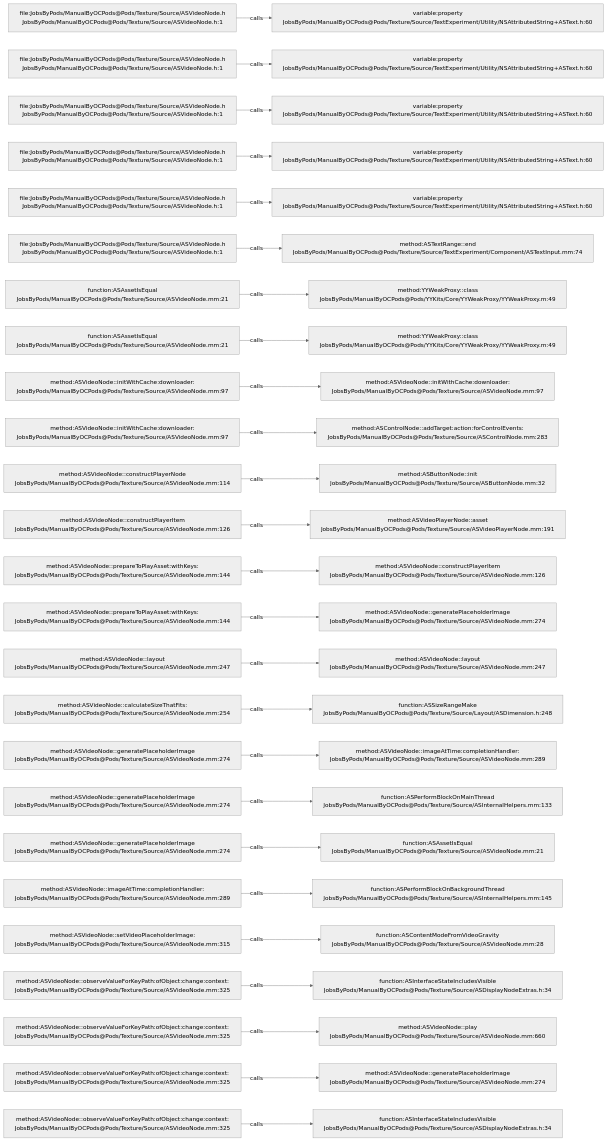
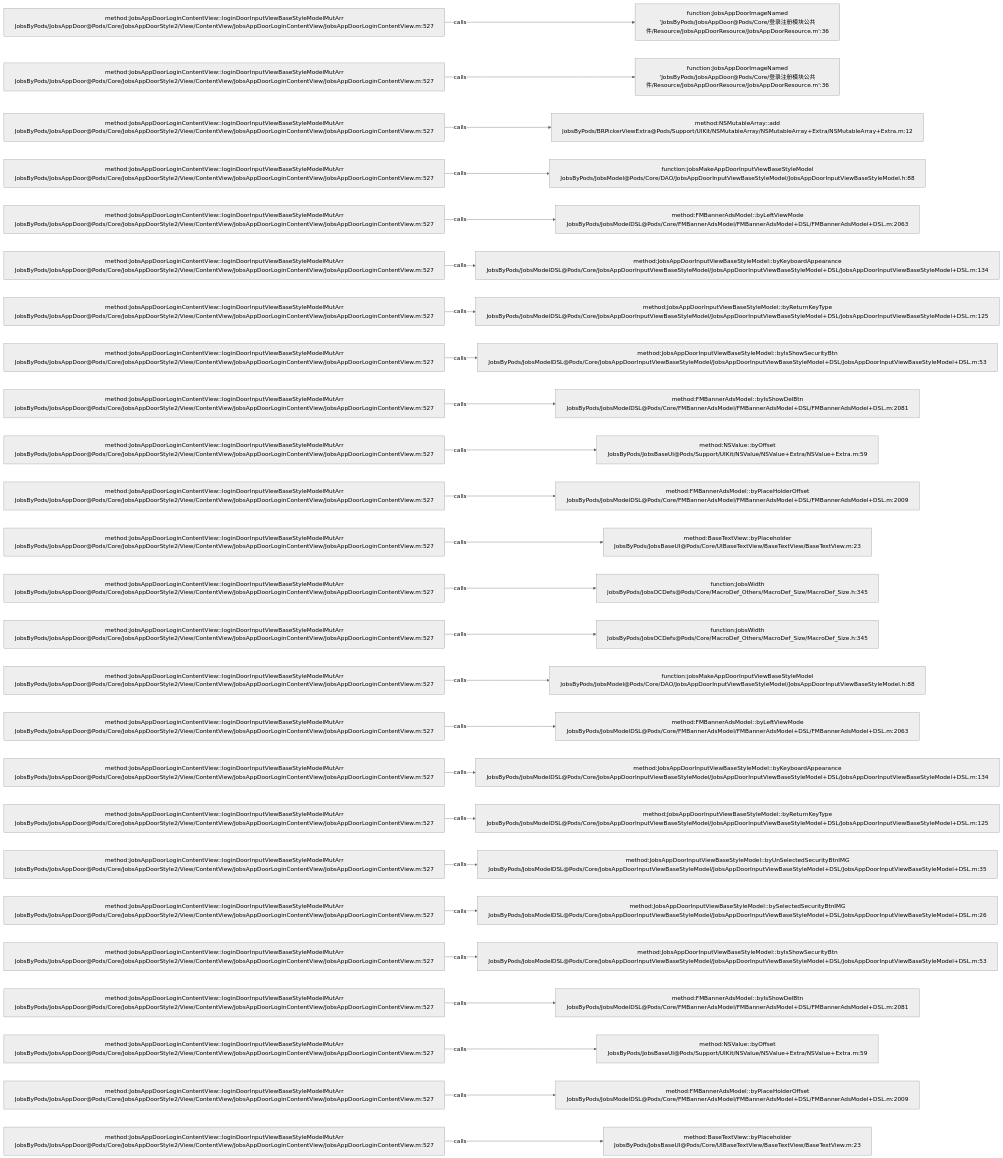
The diagram in .codegraph/codegraph.md/graphs/calls-127.md (JobsKits/JobsOCBaseConfigDemo), drawn with Mermaid (neutral theme) before and after one commit. The commit also changed 768 other files, not shown here.

````diff
--- a/.codegraph/codegraph.md/graphs/calls-127.md
+++ b/.codegraph/codegraph.md/graphs/calls-127.md
@@ -13,78 +13,78 @@
 ```mermaid
 flowchart LR
-  S1["file:JobsByPods/ManualByOCPods@Pods/Texture/Source/ASVideoNode.h<br/>JobsByPods/ManualByOCPods@Pods/Texture/Source/ASVideoNode.h:1"]
-  T1["variable:property<br/>JobsByPods/ManualByOCPods@Pods/Texture/Source/TextExperiment/Utility/NSAttributedString+ASText.h:60"]
+  S1["method:JobsAppDoorLoginContentView::loginDoorInputViewBaseStyleModelMutArr<br/>JobsByPods/JobsAppDoor@Pods/Core/JobsAppDoorStyle2/View/ContentView/JobsAppDoorLoginContentView/JobsAppDoorLoginContentView.m:527"]
+  T1["function:JobsAppDoorImageNamed<br/>'JobsByPods/JobsAppDoor@Pods/Core/登录注册模块公共件/Resource/JobsAppDoorResource/JobsAppDoorResource.m':36"]
   S1 -->|calls| T1
-  S2["file:JobsByPods/ManualByOCPods@Pods/Texture/Source/ASVideoNode.h<br/>JobsByPods/ManualByOCPods@Pods/Texture/Source/ASVideoNode.h:1"]
-  T2["variable:property<br/>JobsByPods/ManualByOCPods@Pods/Texture/Source/TextExperiment/Utility/NSAttributedString+ASText.h:60"]
+  S2["method:JobsAppDoorLoginContentView::loginDoorInputViewBaseStyleModelMutArr<br/>JobsByPods/JobsAppDoor@Pods/Core/JobsAppDoorStyle2/View/ContentView/JobsAppDoorLoginContentView/JobsAppDoorLoginContentView.m:527"]
+  T2["function:JobsAppDoorImageNamed<br/>'JobsByPods/JobsAppDoor@Pods/Core/登录注册模块公共件/Resource/JobsAppDoorResource/JobsAppDoorResource.m':36"]
   S2 -->|calls| T2
-  S3["file:JobsByPods/ManualByOCPods@Pods/Texture/Source/ASVideoNode.h<br/>JobsByPods/ManualByOCPods@Pods/Texture/Source/ASVideoNode.h:1"]
-  T3["variable:property<br/>JobsByPods/ManualByOCPods@Pods/Texture/Source/TextExperiment/Utility/NSAttributedString+ASText.h:60"]
+  S3["method:JobsAppDoorLoginContentView::loginDoorInputViewBaseStyleModelMutArr<br/>JobsByPods/JobsAppDoor@Pods/Core/JobsAppDoorStyle2/View/ContentView/JobsAppDoorLoginContentView/JobsAppDoorLoginContentView.m:527"]
+  T3["method:NSMutableArray::add<br/>JobsByPods/BRPickerViewExtra@Pods/Support/UIKit/NSMutableArray/NSMutableArray+Extra/NSMutableArray+Extra.m:12"]
   S3 -->|calls| T3
-  S4["file:JobsByPods/ManualByOCPods@Pods/Texture/Source/ASVideoNode.h<br/>JobsByPods/ManualByOCPods@Pods/Texture/Source/ASVideoNode.h:1"]
-  T4["variable:property<br/>JobsByPods/ManualByOCPods@Pods/Texture/Source/TextExperiment/Utility/NSAttributedString+ASText.h:60"]
+  S4["method:JobsAppDoorLoginContentView::loginDoorInputViewBaseStyleModelMutArr<br/>JobsByPods/JobsAppDoor@Pods/Core/JobsAppDoorStyle2/View/ContentView/JobsAppDoorLoginContentView/JobsAppDoorLoginContentView.m:527"]
+  T4["function:jobsMakeAppDoorInputViewBaseStyleModel<br/>JobsByPods/JobsModel@Pods/Core/DAO/JobsAppDoorInputViewBaseStyleModel/JobsAppDoorInputViewBaseStyleModel.h:88"]
   S4 -->|calls| T4
-  S5["file:JobsByPods/ManualByOCPods@Pods/Texture/Source/ASVideoNode.h<br/>JobsByPods/ManualByOCPods@Pods/Texture/Source/ASVideoNode.h:1"]
-  T5["variable:property<br/>JobsByPods/ManualByOCPods@Pods/Texture/Source/TextExperiment/Utility/NSAttributedString+ASText.h:60"]
+  S5["method:JobsAppDoorLoginContentView::loginDoorInputViewBaseStyleModelMutArr<br/>JobsByPods/JobsAppDoor@Pods/Core/JobsAppDoorStyle2/View/ContentView/JobsAppDoorLoginContentView/JobsAppDoorLoginContentView.m:527"]
+  T5["method:FMBannerAdsModel::byLeftViewMode<br/>JobsByPods/JobsModelDSL@Pods/Core/FMBannerAdsModel/FMBannerAdsModel+DSL/FMBannerAdsModel+DSL.m:2063"]
   S5 -->|calls| T5
-  S6["file:JobsByPods/ManualByOCPods@Pods/Texture/Source/ASVideoNode.h<br/>JobsByPods/ManualByOCPods@Pods/Texture/Source/ASVideoNode.h:1"]
-  T6["method:ASTextRange::end<br/>JobsByPods/ManualByOCPods@Pods/Texture/Source/TextExperiment/Component/ASTextInput.mm:74"]
+  S6["method:JobsAppDoorLoginContentView::loginDoorInputViewBaseStyleModelMutArr<br/>JobsByPods/JobsAppDoor@Pods/Core/JobsAppDoorStyle2/View/ContentView/JobsAppDoorLoginContentView/JobsAppDoorLoginContentView.m:527"]
+  T6["method:JobsAppDoorInputViewBaseStyleModel::byKeyboardAppearance<br/>JobsByPods/JobsModelDSL@Pods/Core/JobsAppDoorInputViewBaseStyleModel/JobsAppDoorInputViewBaseStyleModel+DSL/JobsAppDoorInputViewBaseStyleModel+DSL.m:134"]
   S6 -->|calls| T6
-  S7["function:ASAssetIsEqual<br/>JobsByPods/ManualByOCPods@Pods/Texture/Source/ASVideoNode.mm:21"]
-  T7["method:YYWeakProxy::class<br/>JobsByPods/ManualByOCPods@Pods/YYKits/Core/YYWeakProxy/YYWeakProxy.m:49"]
+  S7["method:JobsAppDoorLoginContentView::loginDoorInputViewBaseStyleModelMutArr<br/>JobsByPods/JobsAppDoor@Pods/Core/JobsAppDoorStyle2/View/ContentView/JobsAppDoorLoginContentView/JobsAppDoorLoginContentView.m:527"]
+  T7["method:JobsAppDoorInputViewBaseStyleModel::byReturnKeyType<br/>JobsByPods/JobsModelDSL@Pods/Core/JobsAppDoorInputViewBaseStyleModel/JobsAppDoorInputViewBaseStyleModel+DSL/JobsAppDoorInputViewBaseStyleModel+DSL.m:125"]
   S7 -->|calls| T7
-  S8["function:ASAssetIsEqual<br/>JobsByPods/ManualByOCPods@Pods/Texture/Source/ASVideoNode.mm:21"]
-  T8["method:YYWeakProxy::class<br/>JobsByPods/ManualByOCPods@Pods/YYKits/Core/YYWeakProxy/YYWeakProxy.m:49"]
+  S8["method:JobsAppDoorLoginContentView::loginDoorInputViewBaseStyleModelMutArr<br/>JobsByPods/JobsAppDoor@Pods/Core/JobsAppDoorStyle2/View/ContentView/JobsAppDoorLoginContentView/JobsAppDoorLoginContentView.m:527"]
+  T8["method:JobsAppDoorInputViewBaseStyleModel::byIsShowSecurityBtn<br/>JobsByPods/JobsModelDSL@Pods/Core/JobsAppDoorInputViewBaseStyleModel/JobsAppDoorInputViewBaseStyleModel+DSL/JobsAppDoorInputViewBaseStyleModel+DSL.m:53"]
   S8 -->|calls| T8
-  S9["method:ASVideoNode::initWithCache:downloader:<br/>JobsByPods/ManualByOCPods@Pods/Texture/Source/ASVideoNode.mm:97"]
-  T9["method:ASVideoNode::initWithCache:downloader:<br/>JobsByPods/ManualByOCPods@Pods/Texture/Source/ASVideoNode.mm:97"]
+  S9["method:JobsAppDoorLoginContentView::loginDoorInputViewBaseStyleModelMutArr<br/>JobsByPods/JobsAppDoor@Pods/Core/JobsAppDoorStyle2/View/ContentView/JobsAppDoorLoginContentView/JobsAppDoorLoginContentView.m:527"]
+  T9["method:FMBannerAdsModel::byIsShowDelBtn<br/>JobsByPods/JobsModelDSL@Pods/Core/FMBannerAdsModel/FMBannerAdsModel+DSL/FMBannerAdsModel+DSL.m:2081"]
   S9 -->|calls| T9
-  S10["method:ASVideoNode::initWithCache:downloader:<br/>JobsByPods/ManualByOCPods@Pods/Texture/Source/ASVideoNode.mm:97"]
-  T10["method:ASControlNode::addTarget:action:forControlEvents:<br/>JobsByPods/ManualByOCPods@Pods/Texture/Source/ASControlNode.mm:283"]
+  S10["method:JobsAppDoorLoginContentView::loginDoorInputViewBaseStyleModelMutArr<br/>JobsByPods/JobsAppDoor@Pods/Core/JobsAppDoorStyle2/View/ContentView/JobsAppDoorLoginContentView/JobsAppDoorLoginContentView.m:527"]
+  T10["method:NSValue::byOffset<br/>JobsByPods/JobsBaseUI@Pods/Support/UIKit/NSValue/NSValue+Extra/NSValue+Extra.m:59"]
   S10 -->|calls| T10
-  S11["method:ASVideoNode::constructPlayerNode<br/>JobsByPods/ManualByOCPods@Pods/Texture/Source/ASVideoNode.mm:114"]
-  T11["method:ASButtonNode::init<br/>JobsByPods/ManualByOCPods@Pods/Texture/Source/ASButtonNode.mm:32"]
+  S11["method:JobsAppDoorLoginContentView::loginDoorInputViewBaseStyleModelMutArr<br/>JobsByPods/JobsAppDoor@Pods/Core/JobsAppDoorStyle2/View/ContentView/JobsAppDoorLoginContentView/JobsAppDoorLoginContentView.m:527"]
+  T11["method:FMBannerAdsModel::byPlaceHolderOffset<br/>JobsByPods/JobsModelDSL@Pods/Core/FMBannerAdsModel/FMBannerAdsModel+DSL/FMBannerAdsModel+DSL.m:2009"]
   S11 -->|calls| T11
-  S12["method:ASVideoNode::constructPlayerItem<br/>JobsByPods/ManualByOCPods@Pods/Texture/Source/ASVideoNode.mm:126"]
-  T12["method:ASVideoPlayerNode::asset<br/>JobsByPods/ManualByOCPods@Pods/Texture/Source/ASVideoPlayerNode.mm:191"]
+  S12["method:JobsAppDoorLoginContentView::loginDoorInputViewBaseStyleModelMutArr<br/>JobsByPods/JobsAppDoor@Pods/Core/JobsAppDoorStyle2/View/ContentView/JobsAppDoorLoginContentView/JobsAppDoorLoginContentView.m:527"]
+  T12["method:BaseTextView::byPlaceholder<br/>JobsByPods/JobsBaseUI@Pods/Core/UIBaseTextView/BaseTextView/BaseTextView.m:23"]
   S12 -->|calls| T12
-  S13["method:ASVideoNode::prepareToPlayAsset:withKeys:<br/>JobsByPods/ManualByOCPods@Pods/Texture/Source/ASVideoNode.mm:144"]
-  T13["method:ASVideoNode::constructPlayerItem<br/>JobsByPods/ManualByOCPods@Pods/Texture/Source/ASVideoNode.mm:126"]
+  S13["method:JobsAppDoorLoginContentView::loginDoorInputViewBaseStyleModelMutArr<br/>JobsByPods/JobsAppDoor@Pods/Core/JobsAppDoorStyle2/View/ContentView/JobsAppDoorLoginContentView/JobsAppDoorLoginContentView.m:527"]
+  T13["function:JobsWidth<br/>JobsByPods/JobsOCDefs@Pods/Core/MacroDef_Others/MacroDef_Size/MacroDef_Size.h:345"]
   S13 -->|calls| T13
-  S14["method:ASVideoNode::prepareToPlayAsset:withKeys:<br/>JobsByPods/ManualByOCPods@Pods/Texture/Source/ASVideoNode.mm:144"]
-  T14["method:ASVideoNode::generatePlaceholderImage<br/>JobsByPods/ManualByOCPods@Pods/Texture/Source/ASVideoNode.mm:274"]
+  S14["method:JobsAppDoorLoginContentView::loginDoorInputViewBaseStyleModelMutArr<br/>JobsByPods/JobsAppDoor@Pods/Core/JobsAppDoorStyle2/View/ContentView/JobsAppDoorLoginContentView/JobsAppDoorLoginContentView.m:527"]
+  T14["function:JobsWidth<br/>JobsByPods/JobsOCDefs@Pods/Core/MacroDef_Others/MacroDef_Size/MacroDef_Size.h:345"]
   S14 -->|calls| T14
-  S15["method:ASVideoNode::layout<br/>JobsByPods/ManualByOCPods@Pods/Texture/Source/ASVideoNode.mm:247"]
-  T15["method:ASVideoNode::layout<br/>JobsByPods/ManualByOCPods@Pods/Texture/Source/ASVideoNode.mm:247"]
+  S15["method:JobsAppDoorLoginContentView::loginDoorInputViewBaseStyleModelMutArr<br/>JobsByPods/JobsAppDoor@Pods/Core/JobsAppDoorStyle2/View/ContentView/JobsAppDoorLoginContentView/JobsAppDoorLoginContentView.m:527"]
+  T15["function:jobsMakeAppDoorInputViewBaseStyleModel<br/>JobsByPods/JobsModel@Pods/Core/DAO/JobsAppDoorInputViewBaseStyleModel/JobsAppDoorInputViewBaseStyleModel.h:88"]
   S15 -->|calls| T15
-  S16["method:ASVideoNode::calculateSizeThatFits:<br/>JobsByPods/ManualByOCPods@Pods/Texture/Source/ASVideoNode.mm:254"]
-  T16["function:ASSizeRangeMake<br/>JobsByPods/ManualByOCPods@Pods/Texture/Source/Layout/ASDimension.h:248"]
+  S16["method:JobsAppDoorLoginContentView::loginDoorInputViewBaseStyleModelMutArr<br/>JobsByPods/JobsAppDoor@Pods/Core/JobsAppDoorStyle2/View/ContentView/JobsAppDoorLoginContentView/JobsAppDoorLoginContentView.m:527"]
+  T16["method:FMBannerAdsModel::byLeftViewMode<br/>JobsByPods/JobsModelDSL@Pods/Core/FMBannerAdsModel/FMBannerAdsModel+DSL/FMBannerAdsModel+DSL.m:2063"]
   S16 -->|calls| T16
-  S17["method:ASVideoNode::generatePlaceholderImage<br/>JobsByPods/ManualByOCPods@Pods/Texture/Source/ASVideoNode.mm:274"]
-  T17["method:ASVideoNode::imageAtTime:completionHandler:<br/>JobsByPods/ManualByOCPods@Pods/Texture/Source/ASVideoNode.mm:289"]
+  S17["method:JobsAppDoorLoginContentView::loginDoorInputViewBaseStyleModelMutArr<br/>JobsByPods/JobsAppDoor@Pods/Core/JobsAppDoorStyle2/View/ContentView/JobsAppDoorLoginContentView/JobsAppDoorLoginContentView.m:527"]
+  T17["method:JobsAppDoorInputViewBaseStyleModel::byKeyboardAppearance<br/>JobsByPods/JobsModelDSL@Pods/Core/JobsAppDoorInputViewBaseStyleModel/JobsAppDoorInputViewBaseStyleModel+DSL/JobsAppDoorInputViewBaseStyleModel+DSL.m:134"]
   S17 -->|calls| T17
-  S18["method:ASVideoNode::generatePlaceholderImage<br/>JobsByPods/ManualByOCPods@Pods/Texture/Source/ASVideoNode.mm:274"]
-  T18["function:ASPerformBlockOnMainThread<br/>JobsByPods/ManualByOCPods@Pods/Texture/Source/ASInternalHelpers.mm:133"]
+  S18["method:JobsAppDoorLoginContentView::loginDoorInputViewBaseStyleModelMutArr<br/>JobsByPods/JobsAppDoor@Pods/Core/JobsAppDoorStyle2/View/ContentView/JobsAppDoorLoginContentView/JobsAppDoorLoginContentView.m:527"]
+  T18["method:JobsAppDoorInputViewBaseStyleModel::byReturnKeyType<br/>JobsByPods/JobsModelDSL@Pods/Core/JobsAppDoorInputViewBaseStyleModel/JobsAppDoorInputViewBaseStyleModel+DSL/JobsAppDoorInputViewBaseStyleModel+DSL.m:125"]
   S18 -->|calls| T18
-  S19["method:ASVideoNode::generatePlaceholderImage<br/>JobsByPods/ManualByOCPods@Pods/Texture/Source/ASVideoNode.mm:274"]
-  T19["function:ASAssetIsEqual<br/>JobsByPods/ManualByOCPods@Pods/Texture/Source/ASVideoNode.mm:21"]
+  S19["method:JobsAppDoorLoginContentView::loginDoorInputViewBaseStyleModelMutArr<br/>JobsByPods/JobsAppDoor@Pods/Core/JobsAppDoorStyle2/View/ContentView/JobsAppDoorLoginContentView/JobsAppDoorLoginContentView.m:527"]
+  T19["method:JobsAppDoorInputViewBaseStyleModel::byUnSelectedSecurityBtnIMG<br/>JobsByPods/JobsModelDSL@Pods/Core/JobsAppDoorInputViewBaseStyleModel/JobsAppDoorInputViewBaseStyleModel+DSL/JobsAppDoorInputViewBaseStyleModel+DSL.m:35"]
   S19 -->|calls| T19
-  S20["method:ASVideoNode::imageAtTime:completionHandler:<br/>JobsByPods/ManualByOCPods@Pods/Texture/Source/ASVideoNode.mm:289"]
-  T20["function:ASPerformBlockOnBackgroundThread<br/>JobsByPods/ManualByOCPods@Pods/Texture/Source/ASInternalHelpers.mm:145"]
+  S20["method:JobsAppDoorLoginContentView::loginDoorInputViewBaseStyleModelMutArr<br/>JobsByPods/JobsAppDoor@Pods/Core/JobsAppDoorStyle2/View/ContentView/JobsAppDoorLoginContentView/JobsAppDoorLoginContentView.m:527"]
+  T20["method:JobsAppDoorInputViewBaseStyleModel::bySelectedSecurityBtnIMG<br/>JobsByPods/JobsModelDSL@Pods/Core/JobsAppDoorInputViewBaseStyleModel/JobsAppDoorInputViewBaseStyleModel+DSL/JobsAppDoorInputViewBaseStyleModel+DSL.m:26"]
   S20 -->|calls| T20
-  S21["method:ASVideoNode::setVideoPlaceholderImage:<br/>JobsByPods/ManualByOCPods@Pods/Texture/Source/ASVideoNode.mm:315"]
-  T21["function:ASContentModeFromVideoGravity<br/>JobsByPods/ManualByOCPods@Pods/Texture/Source/ASVideoNode.mm:28"]
+  S21["method:JobsAppDoorLoginContentView::loginDoorInputViewBaseStyleModelMutArr<br/>JobsByPods/JobsAppDoor@Pods/Core/JobsAppDoorStyle2/View/ContentView/JobsAppDoorLoginContentView/JobsAppDoorLoginContentView.m:527"]
+  T21["method:JobsAppDoorInputViewBaseStyleModel::byIsShowSecurityBtn<br/>JobsByPods/JobsModelDSL@Pods/Core/JobsAppDoorInputViewBaseStyleModel/JobsAppDoorInputViewBaseStyleModel+DSL/JobsAppDoorInputViewBaseStyleModel+DSL.m:53"]
   S21 -->|calls| T21
-  S22["method:ASVideoNode::observeValueForKeyPath:ofObject:change:context:<br/>JobsByPods/ManualByOCPods@Pods/Texture/Source/ASVideoNode.mm:325"]
-  T22["function:ASInterfaceStateIncludesVisible<br/>JobsByPods/ManualByOCPods@Pods/Texture/Source/ASDisplayNodeExtras.h:34"]
+  S22["method:JobsAppDoorLoginContentView::loginDoorInputViewBaseStyleModelMutArr<br/>JobsByPods/JobsAppDoor@Pods/Core/JobsAppDoorStyle2/View/ContentView/JobsAppDoorLoginContentView/JobsAppDoorLoginContentView.m:527"]
+  T22["method:FMBannerAdsModel::byIsShowDelBtn<br/>JobsByPods/JobsModelDSL@Pods/Core/FMBannerAdsModel/FMBannerAdsModel+DSL/FMBannerAdsModel+DSL.m:2081"]
   S22 -->|calls| T22
-  S23["method:ASVideoNode::observeValueForKeyPath:ofObject:change:context:<br/>JobsByPods/ManualByOCPods@Pods/Texture/Source/ASVideoNode.mm:325"]
-  T23["method:ASVideoNode::play<br/>JobsByPods/ManualByOCPods@Pods/Texture/Source/ASVideoNode.mm:660"]
+  S23["method:JobsAppDoorLoginContentView::loginDoorInputViewBaseStyleModelMutArr<br/>JobsByPods/JobsAppDoor@Pods/Core/JobsAppDoorStyle2/View/ContentView/JobsAppDoorLoginContentView/JobsAppDoorLoginContentView.m:527"]
+  T23["method:NSValue::byOffset<br/>JobsByPods/JobsBaseUI@Pods/Support/UIKit/NSValue/NSValue+Extra/NSValue+Extra.m:59"]
   S23 -->|calls| T23
-  S24["method:ASVideoNode::observeValueForKeyPath:ofObject:change:context:<br/>JobsByPods/ManualByOCPods@Pods/Texture/Source/ASVideoNode.mm:325"]
-  T24["method:ASVideoNode::generatePlaceholderImage<br/>JobsByPods/ManualByOCPods@Pods/Texture/Source/ASVideoNode.mm:274"]
+  S24["method:JobsAppDoorLoginContentView::loginDoorInputViewBaseStyleModelMutArr<br/>JobsByPods/JobsAppDoor@Pods/Core/JobsAppDoorStyle2/View/ContentView/JobsAppDoorLoginContentView/JobsAppDoorLoginContentView.m:527"]
+  T24["method:FMBannerAdsModel::byPlaceHolderOffset<br/>JobsByPods/JobsModelDSL@Pods/Core/FMBannerAdsModel/FMBannerAdsModel+DSL/FMBannerAdsModel+DSL.m:2009"]
   S24 -->|calls| T24
-  S25["method:ASVideoNode::observeValueForKeyPath:ofObject:change:context:<br/>JobsByPods/ManualByOCPods@Pods/Texture/Source/ASVideoNode.mm:325"]
-  T25["function:ASInterfaceStateIncludesVisible<br/>JobsByPods/ManualByOCPods@Pods/Texture/Source/ASDisplayNodeExtras.h:34"]
+  S25["method:JobsAppDoorLoginContentView::loginDoorInputViewBaseStyleModelMutArr<br/>JobsByPods/JobsAppDoor@Pods/Core/JobsAppDoorStyle2/View/ContentView/JobsAppDoorLoginContentView/JobsAppDoorLoginContentView.m:527"]
+  T25["method:BaseTextView::byPlaceholder<br/>JobsByPods/JobsBaseUI@Pods/Core/UIBaseTextView/BaseTextView/BaseTextView.m:23"]
   S25 -->|calls| T25
 ```
````
